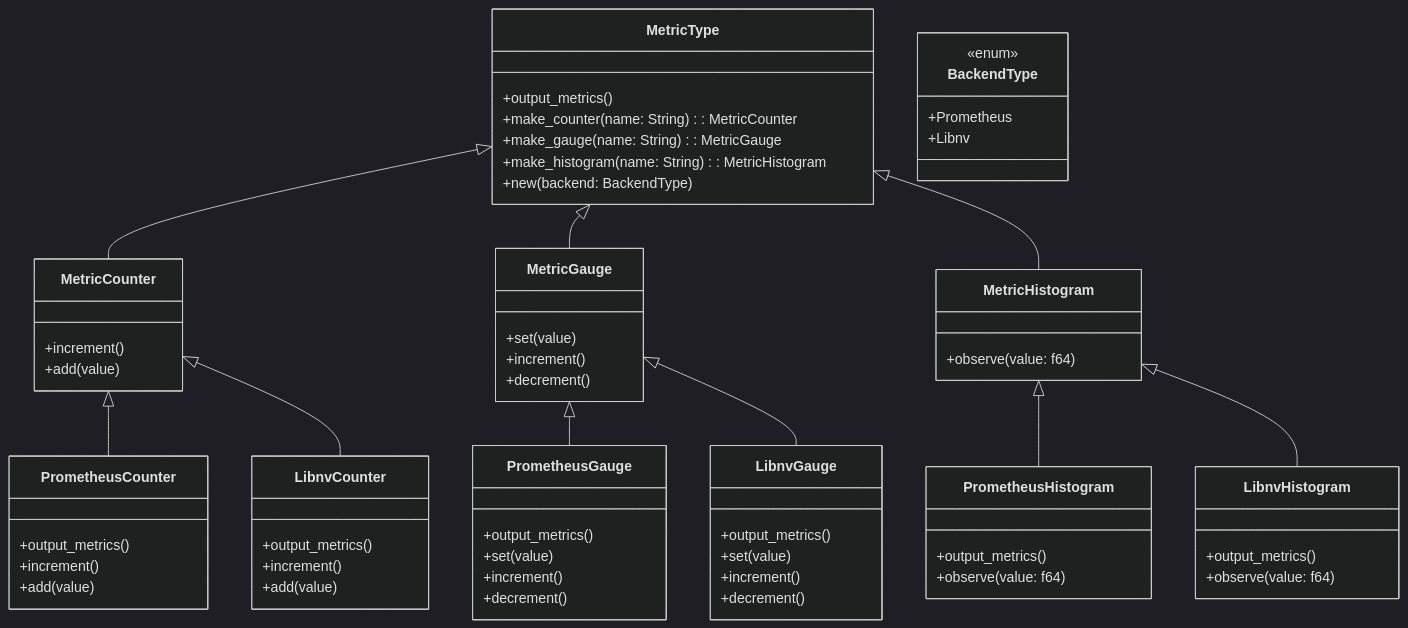
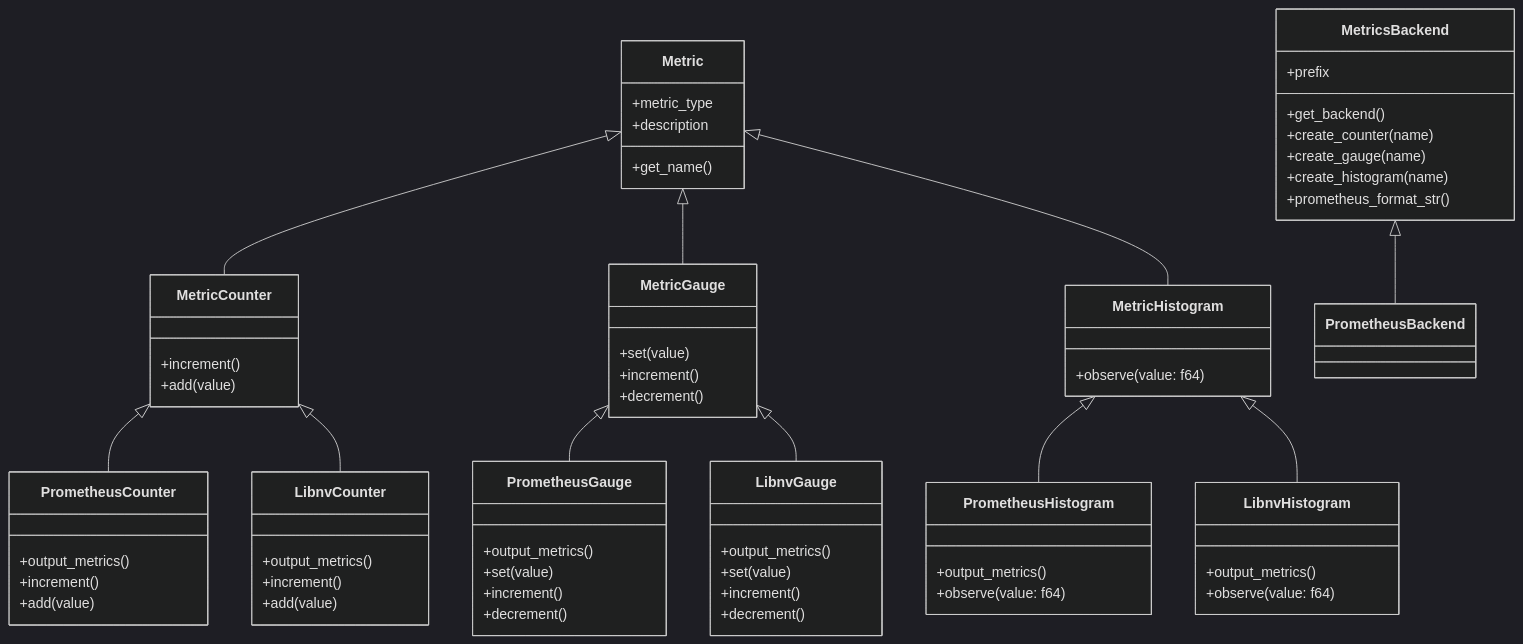
The diagram in deps/NNNN-observability-metrics.md (ai-dynamo/enhancements), drawn with Mermaid (dark theme) before and after one commit. The commit also changed other lines of this file, not shown here.

Commit message:
update Mermaid

````diff
--- a/deps/NNNN-observability-metrics.md
+++ b/deps/NNNN-observability-metrics.md
@@ -100,13 +100,11 @@
 ```mermaid
-classDiagram
+ classDiagram
     direction TB
 
-    class MetricType {
-        +output_metrics()
-        +make_counter(name: String): MetricCounter
-        +make_gauge(name: String): MetricGauge
-        +make_histogram(name: String): MetricHistogram
-        +new(backend: BackendType)
+    class Metric {
+        +get_name()
+        +metric_type
+        +description
     }
 
     class MetricCounter {
@@ -160,15 +158,23 @@
         +observe(value: f64)
     }
 
-    class BackendType {
-        <<enum>>
-        +Prometheus
-        +Libnv
+    class MetricsBackend {
+        +prefix
+        +get_backend()
+        +create_counter(name)
+        +create_gauge(name)
+        +create_histogram(name)
+        +prometheus_format_str()
     }
 
-    MetricType <|-- MetricCounter
-    MetricType <|-- MetricGauge
-    MetricType <|-- MetricHistogram
+    class PrometheusBackend {
+    }
+
+    MetricsBackend <|-- PrometheusBackend
+
+    Metric <|-- MetricCounter
+    Metric <|-- MetricGauge
+    Metric <|-- MetricHistogram
 
     MetricCounter <|-- PrometheusCounter
     MetricGauge <|-- PrometheusGauge
@@ -176,5 +182,5 @@
 
     MetricCounter <|-- LibnvCounter
     MetricGauge <|-- LibnvGauge
-    MetricHistogram <|-- LibnvHistogram
+    MetricHistogram <|-- LibnvHistogram 
 ``` 
````
